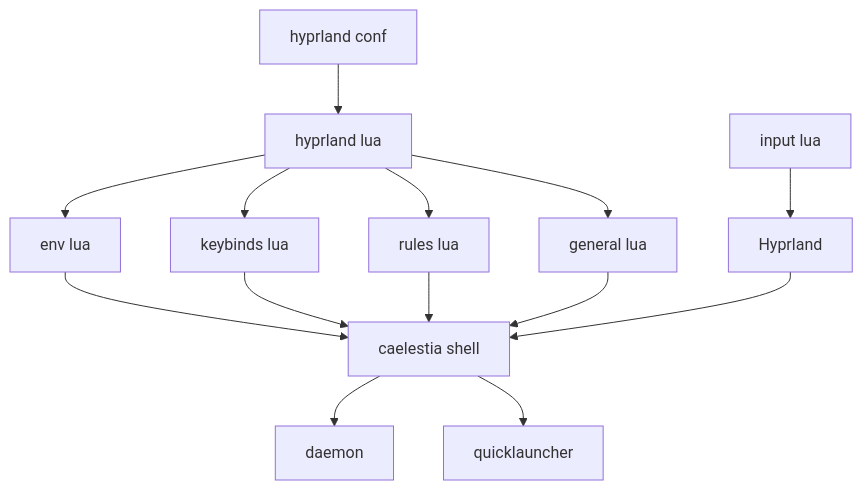
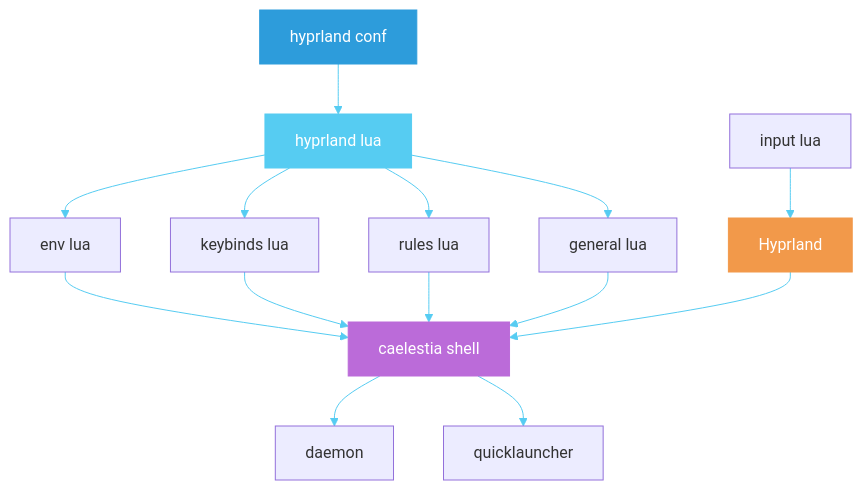
Before and after one commit to 444Nazky/My-Vault: the fifth of 11 diagrams in Graphs/System-Diagrams.md, drawn with Mermaid. The commit also changed other lines of this file and 15 other files, not shown here.

````diff
--- a/Graphs/System-Diagrams.md
+++ b/Graphs/System-Diagrams.md
@@ -89,16 +112,21 @@
 ```mermaid
+%%{init: {'theme': 'default', 'themeVariables': { 'primaryColor': '#56CCF2', 'lineColor': '#56CCF2'}}}%%
 graph TD
  HCONF["hyprland conf"] --> LUA["hyprland lua"]
  LUA --> ENV["env lua"]
  LUA --> KEYS["keybinds lua"]
  LUA --> RULES["rules lua"]
  LUA --> GEN["general lua"]
  ENV --> SHELL["caelestia shell"]
  KEYS --> SHELL
  RULES --> SHELL
  GEN --> SHELL
  INPUT["input lua"] --> HYP["Hyprland"]
  HYP --> SHELL
  SHELL --> DAEMON["daemon"]
  SHELL --> LAUNCH["quicklauncher"]
+ style HCONF fill:#2D9CDB,stroke:#2D9CDB,color:#fff
+ style LUA fill:#56CCF2,stroke:#56CCF2,color:#fff
+ style SHELL fill:#BB6BD9,stroke:#BB6BD9,color:#fff
+ style HYP fill:#F2994A,stroke:#F2994A,color:#fff
 ```
````
